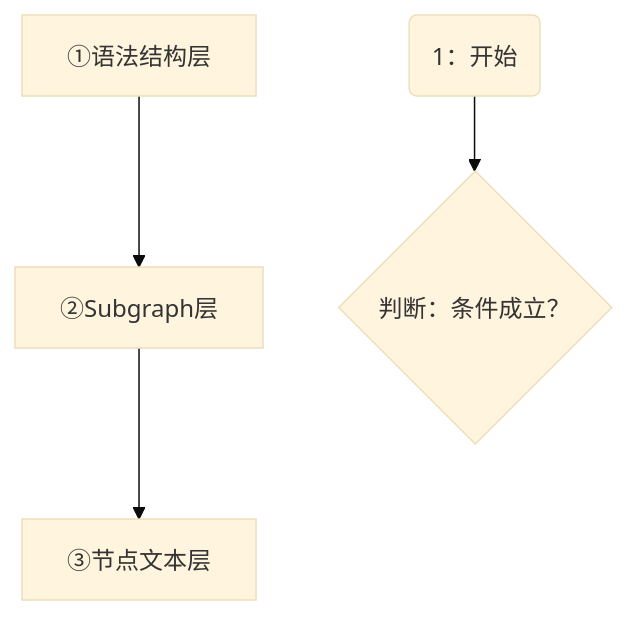
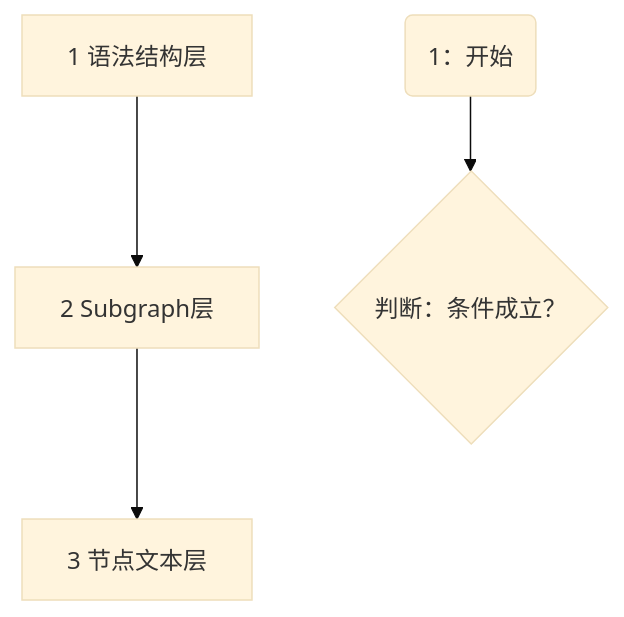
The fourth of 10 diagrams in docs/retrospective/patterns/code-patterns/mermaid-safe-coding-rules.md (xinetzone/SpecWeave), drawn with Mermaid (base theme) before and after one commit. The commit also changed other lines of this file and 41 other files, not shown here.

First line of the commit message:
feat(mermaid): CI历史债务ratchet基线门禁与节点文本单行化策略

````diff
--- a/docs/retrospective/patterns/code-patterns/mermaid-safe-coding-rules.md
+++ b/docs/retrospective/patterns/code-patterns/mermaid-safe-coding-rules.md
@@ -86,6 +86,6 @@
 ```mermaid
 flowchart TB
-    S1["①语法结构层"] --> S2["②Subgraph层"]
-    S2 --> S3["③节点文本层"]
+    S1["1 语法结构层"] --> S2["2 Subgraph层"]
+    S2 --> S3["3 节点文本层"]
     START("1：开始") --> CHECK{"判断：条件成立？"}
 ```
````
